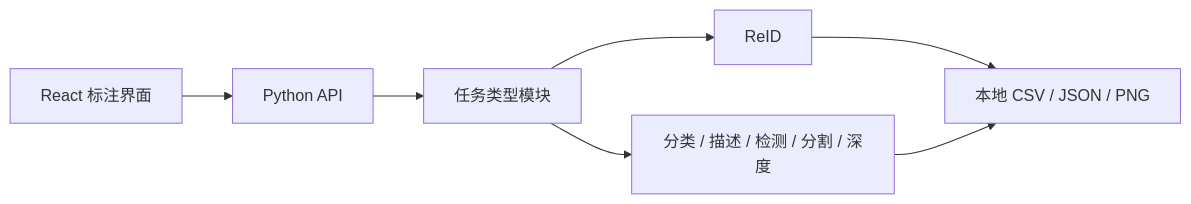
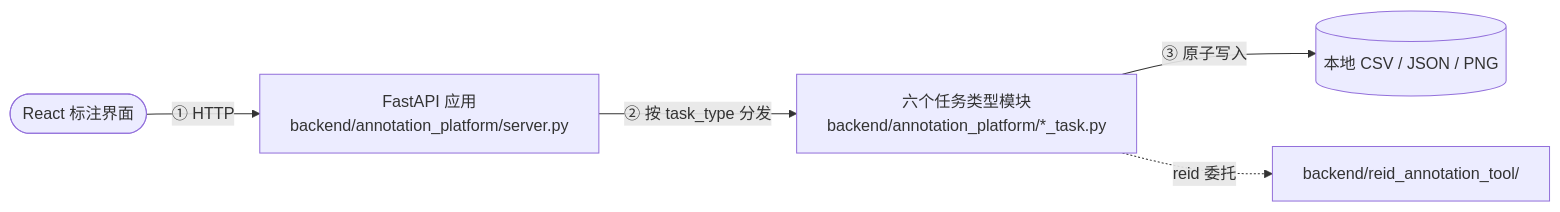
The diagram in README.md (seagochen/annotation-toolkits), drawn with Mermaid before and after one commit. The commit also changed other lines of this file and 17 other files, not shown here.

````diff
--- a/README.md
+++ b/README.md
@@ -13,9 +18,7 @@
 ```mermaid
 flowchart LR
-    Browser[React 标注界面] --> API[Python API]
-    API --> Tasks[任务类型模块]
-    Tasks --> ReID[ReID]
-    Tasks --> Vision[分类 / 描述 / 检测 / 分割 / 深度]
-    ReID --> Files[本地 CSV / JSON / PNG]
-    Vision --> Files
+    Browser(["React 标注界面"]) -- "① HTTP" --> API["FastAPI 应用<br/>backend/annotation_platform/server.py"]
+    API -- "② 按 task_type 分发" --> Modules["六个任务类型模块<br/>backend/annotation_platform/*_task.py"]
+    Modules -- "③ 原子写入" --> Files[("本地 CSV / JSON / PNG")]
+    Modules -. "reid 委托" .-> ReID["backend/reid_annotation_tool/"]
 ```
````
